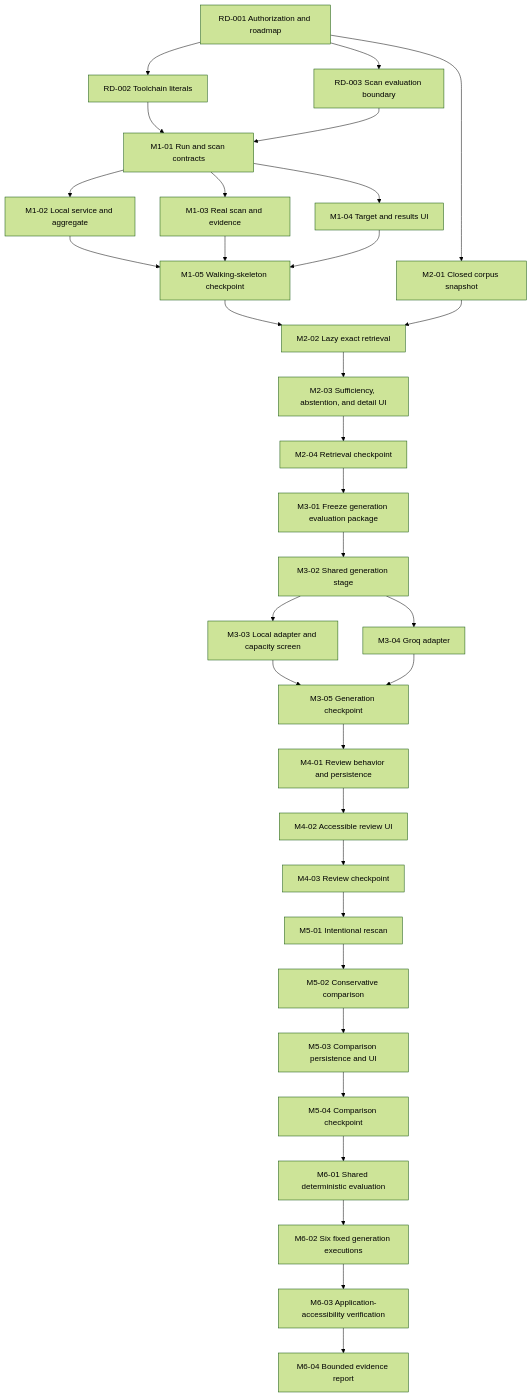
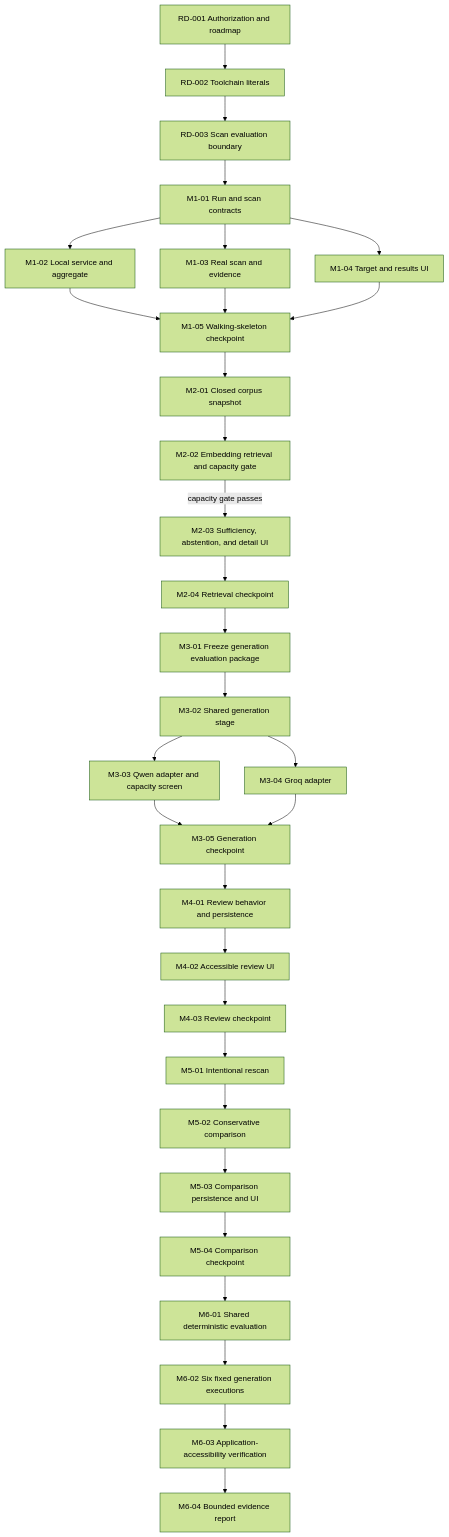
The diagram in docs/DEVELOPMENT_ROADMAP.md (mmjosedaniel/a11y-evidence-lab), drawn with Mermaid (forest theme) before and after one commit. The commit also changed other lines of this file, not shown here.

Commit message:
docs: apply roadmap fix 1

````diff
--- a/docs/DEVELOPMENT_ROADMAP.md
+++ b/docs/DEVELOPMENT_ROADMAP.md
@@ -107,40 +107,38 @@
 ```mermaid
 flowchart TD
     RD1[RD-001 Authorization and roadmap] --> RD2[RD-002 Toolchain literals]
-    RD1 --> RD3[RD-003 Scan evaluation boundary]
-    RD2 --> M101[M1-01 Run and scan contracts]
-    RD3 --> M101
+    RD2 --> RD3[RD-003 Scan evaluation boundary]
+    RD3 --> M101[M1-01 Run and scan contracts]
     M101 --> M102[M1-02 Local service and aggregate]
     M101 --> M103[M1-03 Real scan and evidence]
     M101 --> M104[M1-04 Target and results UI]
     M102 --> M105[M1-05 Walking-skeleton checkpoint]
     M103 --> M105
     M104 --> M105
 
-    RD1 --> M201[M2-01 Closed corpus snapshot]
-    M105 --> M202[M2-02 Lazy exact retrieval]
-    M201 --> M202
-    M202 --> M203[M2-03 Sufficiency, abstention, and detail UI]
+    M105 --> M201[M2-01 Closed corpus snapshot]
+    M201 --> M202[M2-02 Embedding retrieval and capacity gate]
+    M202 -->|capacity gate passes| M203[M2-03 Sufficiency, abstention, and detail UI]
     M203 --> M204[M2-04 Retrieval checkpoint]
 
     M204 --> M301[M3-01 Freeze generation evaluation package]
     M301 --> M302[M3-02 Shared generation stage]
-    M302 --> M303[M3-03 Local adapter and capacity screen]
+    M302 --> M303[M3-03 Qwen adapter and capacity screen]
     M302 --> M304[M3-04 Groq adapter]
     M303 --> M305[M3-05 Generation checkpoint]
     M304 --> M305
 
     M305 --> M401[M4-01 Review behavior and persistence]
     M401 --> M402[M4-02 Accessible review UI]
     M402 --> M403[M4-03 Review checkpoint]
 
     M403 --> M501[M5-01 Intentional rescan]
     M501 --> M502[M5-02 Conservative comparison]
     M502 --> M503[M5-03 Comparison persistence and UI]
     M503 --> M504[M5-04 Comparison checkpoint]
 
     M504 --> M601[M6-01 Shared deterministic evaluation]
     M601 --> M602[M6-02 Six fixed generation executions]
     M602 --> M603[M6-03 Application-accessibility verification]
     M603 --> M604[M6-04 Bounded evidence report]
 ```
````
